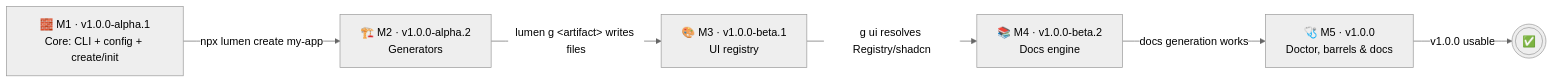
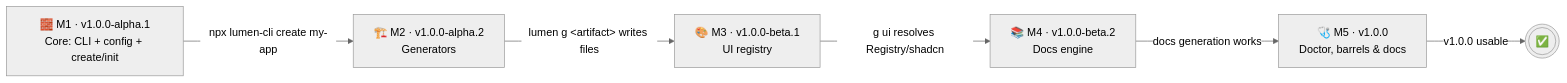
Before and after one commit to LUMEN-SH/lumen-cli: the first of 6 diagrams in docs/PLAN.md, drawn with Mermaid (neutral theme). The commit also changed 2 other files, not shown here.

Commit message:
docs: use the real package name in npx examples (lumen-cli)

````diff
--- a/docs/PLAN.md
+++ b/docs/PLAN.md
@@ -9,14 +9,14 @@
 ```mermaid
 flowchart LR
     M1["🧱 M1 · v1.0.0-alpha.1<br/>Core: CLI + config + create/init"]
     M2["🏗️ M2 · v1.0.0-alpha.2<br/>Generators"]
     M3["🎨 M3 · v1.0.0-beta.1<br/>UI registry"]
     M4["📚 M4 · v1.0.0-beta.2<br/>Docs engine"]
     M5["🩺 M5 · v1.0.0<br/>Doctor, barrels &amp; docs"]
 
-    M1 -->|"npx lumen create my-app"| M2
+    M1 -->|"npx lumen-cli create my-app"| M2
     M2 -->|"lumen g &lt;artifact&gt; writes files"| M3
     M3 -->|"g ui resolves Registry/shadcn"| M4
     M4 -->|"docs generation works"| M5
     M5 -->|"v1.0.0 usable"| DONE(((✅)))
 ```
````
